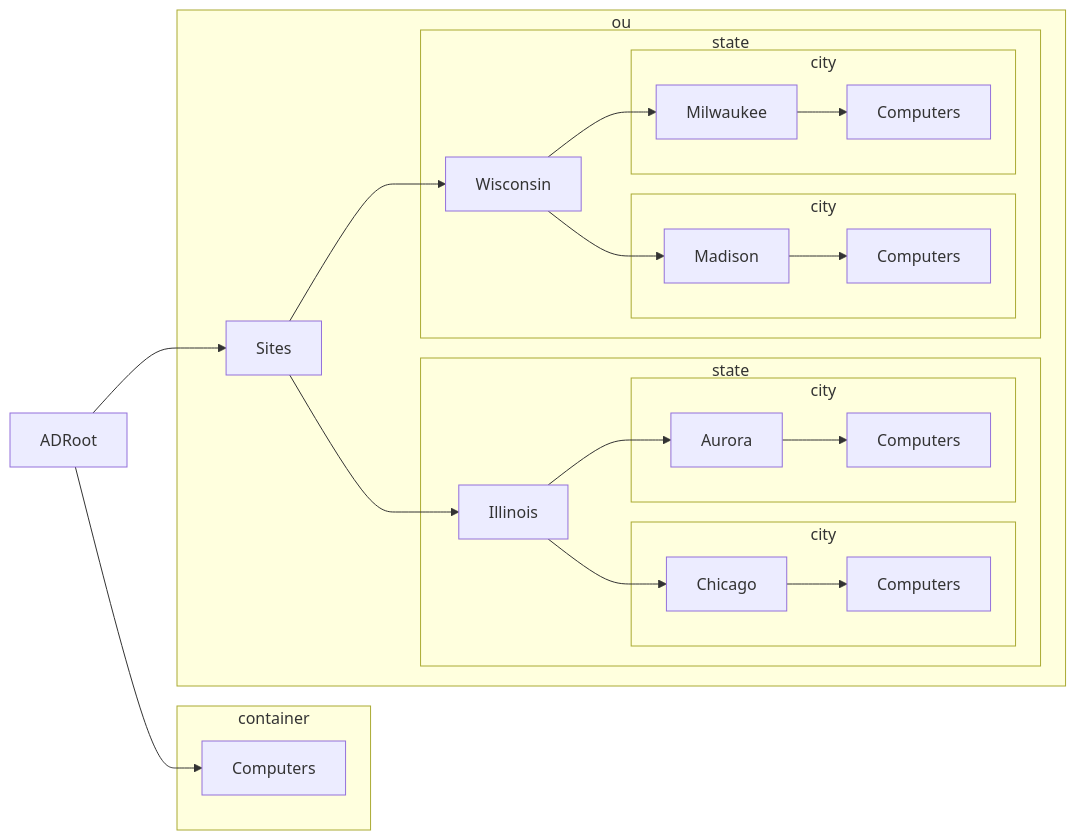
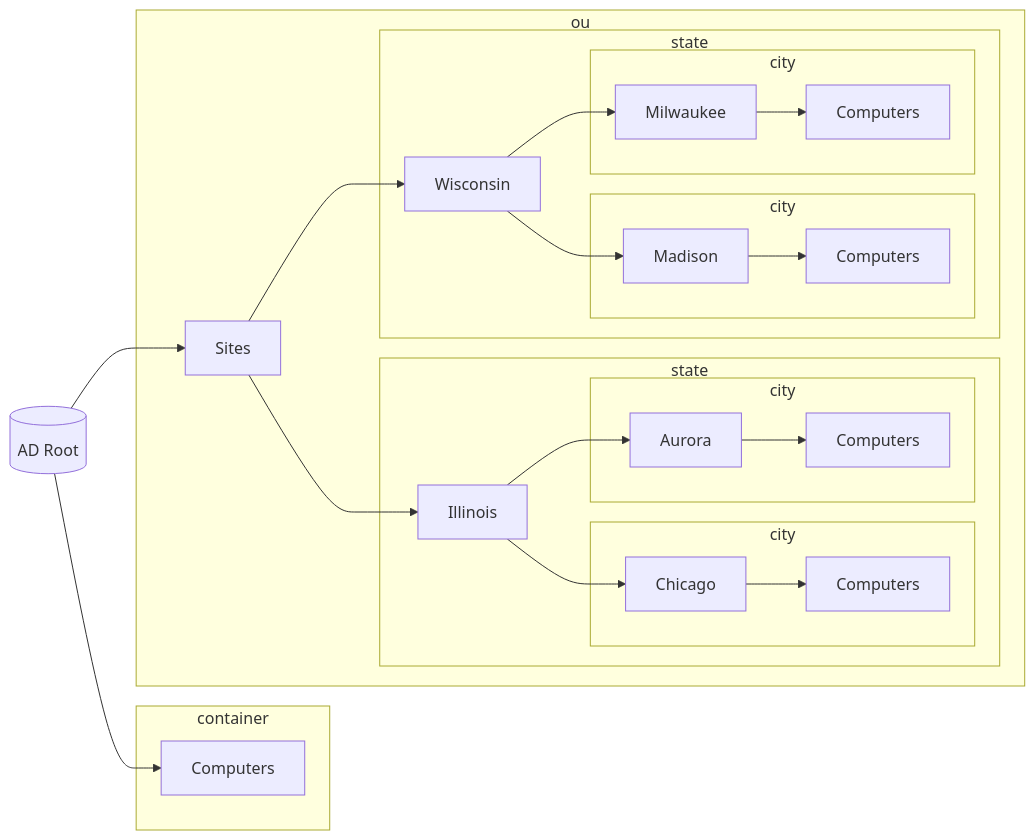
Before and after one commit to emerconnelly/sysadmin: the diagram in powershell-scripts/Move-ComputersByStateSiteCode/README.md, drawn with Mermaid.

````diff
--- a/powershell-scripts/Move-ComputersByStateSiteCode/README.md
+++ b/powershell-scripts/Move-ComputersByStateSiteCode/README.md
@@ -24,32 +24,33 @@
 ```mermaid
 flowchart LR
-    ADRoot --> computers1[Computers]
+    ad1[(AD Root)]
+    ad1 --> computers1[Computers]
         subgraph container1[container]
         computers1
         end
-    ADRoot --> Sites
+    ad1 --> Sites
         subgraph ou1[ou]
         Sites --> Illinois
             subgraph state1[state]
             Illinois --> Chicago
                 subgraph city1[city]
                 Chicago --> computer1[Computers]
                 end
             Illinois --> Aurora
                 subgraph city2[city]
                 Aurora --> computer2[Computers]
                 end
             end
         Sites --> Wisconsin
             subgraph state2[state]
             Wisconsin --> Madison
                 subgraph city3[city]
                 Madison --> computer3[Computers]
                 end
             Wisconsin --> Milwaukee
                 subgraph city4[city]
                 Milwaukee --> computer4[Computers]
                 end
             end
         end
 ```
````
